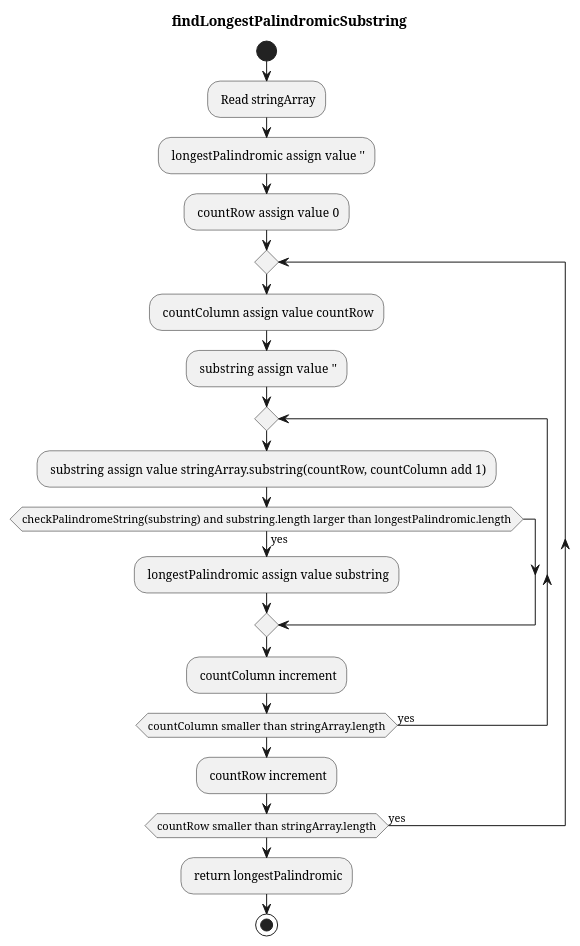
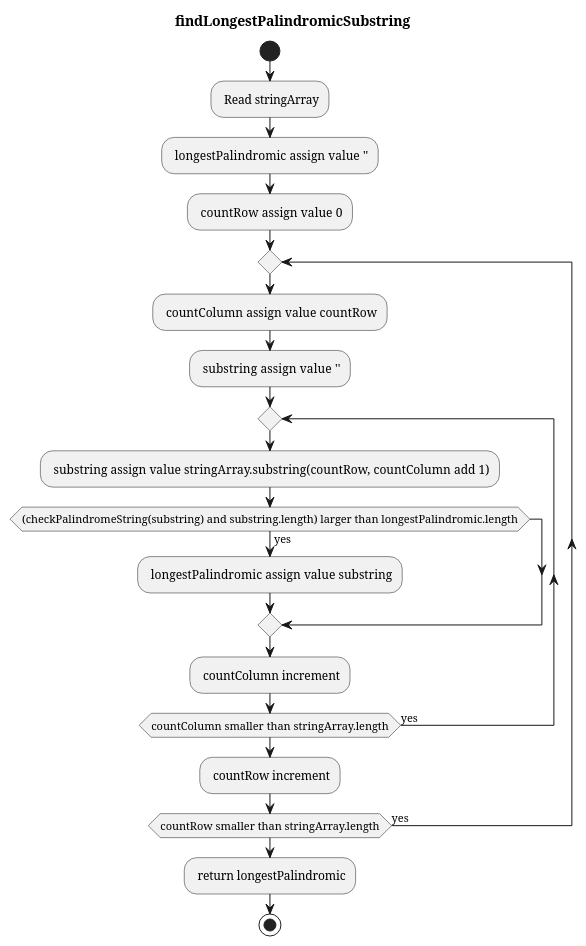
One commit to codingPhuc/B-i-t-p-nh-p-m-n-l-p-tr-nh changed the diagram in diagram/4d.wsd. Above: the diagram before and after it, drawn with PlantUML. The commit also changed 72 other files, not shown here.

```diff
--- a/diagram/4d.wsd
+++ b/diagram/4d.wsd
@@ -1,21 +1,21 @@
 @startuml 
 title findLongestPalindromicSubstring
 start
 : Read stringArray;
 : longestPalindromic assign value  '';
 : countRow assign value  0;
 repeat
   : countColumn assign value  countRow;
   : substring assign value  '';
   repeat
     : substring assign value  stringArray.substring(countRow, countColumn add  1);
-    if(checkPalindromeString(substring) and  substring.length larger than longestPalindromic.length) then (yes)
+    if((checkPalindromeString(substring) and  substring.length) larger than longestPalindromic.length) then (yes)
         : longestPalindromic assign value  substring;
     endif 
     : countColumn increment;
   repeat while (countColumn smaller than  stringArray.length) is (yes)
   : countRow increment;
 repeat while (countRow smaller than  stringArray.length) is (yes)
 : return longestPalindromic; 
 stop
 @enduml
```
